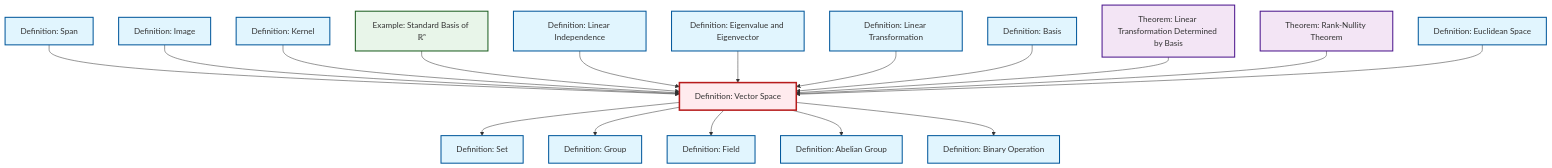
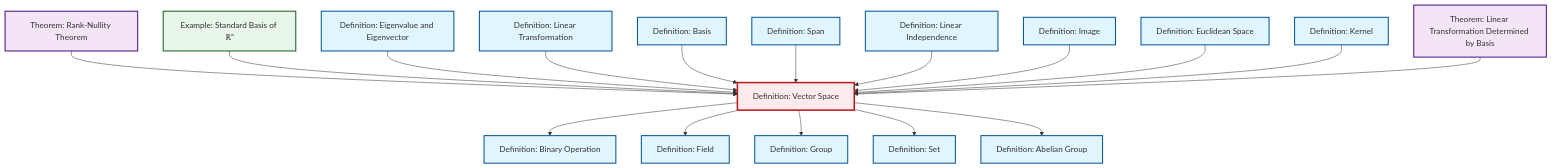
One commit to RK0429/ModernMath changed the diagram in content/en/algebra/def-vector-space.qmd. Above: the diagram before and after it, drawn with Mermaid. The commit also changed other lines of this file and 615 other files, not shown here.

````diff
--- a/content/en/algebra/def-vector-space.qmd
+++ b/content/en/algebra/def-vector-space.qmd
@@ -51,59 +51,59 @@
 ```{mermaid}
 %%| fig-cap: "Local dependency graph"
 graph TD
     classDef definition fill:#e1f5fe,stroke:#01579b,stroke-width:2px
     classDef theorem fill:#f3e5f5,stroke:#4a148c,stroke-width:2px
     classDef axiom fill:#fff3e0,stroke:#e65100,stroke-width:2px
     classDef example fill:#e8f5e9,stroke:#1b5e20,stroke-width:2px
     classDef current fill:#ffebee,stroke:#b71c1c,stroke-width:3px
+    def-image["Definition: Image"]:::definition
+    def-basis["Definition: Basis"]:::definition
+    def-set["Definition: Set"]:::definition
+    def-linear-transformation["Definition: Linear Transformation"]:::definition
+    ex-standard-basis-rn["Example: Standard Basis of ℝⁿ"]:::example
+    def-kernel["Definition: Kernel"]:::definition
+    def-group["Definition: Group"]:::definition
+    def-span["Definition: Span"]:::definition
+    thm-linear-transformation-basis["Theorem: Linear Transformation Determined by Basis"]:::theorem
+    def-euclidean-space["Definition: Euclidean Space"]:::definition
+    def-binary-operation["Definition: Binary Operation"]:::definition
+    def-abelian-group["Definition: Abelian Group"]:::definition
+    def-field["Definition: Field"]:::definition
     def-linear-independence["Definition: Linear Independence"]:::definition
-    def-field["Definition: Field"]:::definition
-    def-abelian-group["Definition: Abelian Group"]:::definition
-    def-image["Definition: Image"]:::definition
-    def-set["Definition: Set"]:::definition
+    thm-rank-nullity["Theorem: Rank-Nullity Theorem"]:::theorem
     def-eigenvalue-eigenvector["Definition: Eigenvalue and Eigenvector"]:::definition
-    def-linear-transformation["Definition: Linear Transformation"]:::definition
-    thm-linear-transformation-basis["Theorem: Linear Transformation Determined by Basis"]:::theorem
     def-vector-space["Definition: Vector Space"]:::definition
-    def-euclidean-space["Definition: Euclidean Space"]:::definition
-    def-kernel["Definition: Kernel"]:::definition
-    def-basis["Definition: Basis"]:::definition
-    ex-standard-basis-rn["Example: Standard Basis of ℝⁿ"]:::example
-    def-span["Definition: Span"]:::definition
-    thm-rank-nullity["Theorem: Rank-Nullity Theorem"]:::theorem
-    def-group["Definition: Group"]:::definition
-    def-binary-operation["Definition: Binary Operation"]:::definition
-    def-span --> def-vector-space
-    def-vector-space --> def-set
-    def-image --> def-vector-space
-    def-kernel --> def-vector-space
+    thm-rank-nullity --> def-vector-space
+    def-vector-space --> def-binary-operation
     ex-standard-basis-rn --> def-vector-space
-    def-linear-independence --> def-vector-space
     def-eigenvalue-eigenvector --> def-vector-space
     def-linear-transformation --> def-vector-space
+    def-basis --> def-vector-space
+    def-span --> def-vector-space
+    def-linear-independence --> def-vector-space
+    def-vector-space --> def-field
+    def-image --> def-vector-space
     def-vector-space --> def-group
-    def-basis --> def-vector-space
-    def-vector-space --> def-field
+    def-vector-space --> def-set
+    def-euclidean-space --> def-vector-space
+    def-kernel --> def-vector-space
+    def-vector-space --> def-abelian-group
     thm-linear-transformation-basis --> def-vector-space
-    thm-rank-nullity --> def-vector-space
-    def-euclidean-space --> def-vector-space
-    def-vector-space --> def-abelian-group
-    def-vector-space --> def-binary-operation
     class def-vector-space current
-    click def-linear-independence "def-linear-independence.html" "Go to Linear Independence definition"
-    click def-field "def-field.html" "Go to Field definition"
-    click def-abelian-group "def-abelian-group.html" "Go to Abelian Group definition"
     click def-image "def-image.html" "Go to Image definition"
+    click def-basis "def-basis.html" "Go to Basis definition"
     click def-set "def-set.html" "Go to Set definition"
-    click def-eigenvalue-eigenvector "def-eigenvalue-eigenvector.html" "Go to Eigenvalue and Eigenvector definition"
     click def-linear-transformation "def-linear-transformation.html" "Go to Linear Transformation definition"
+    click ex-standard-basis-rn "ex-standard-basis-rn.html" "Go to Standard Basis of ℝⁿ example"
+    click def-kernel "def-kernel.html" "Go to Kernel definition"
+    click def-group "def-group.html" "Go to Group definition"
+    click def-span "def-span.html" "Go to Span definition"
     click thm-linear-transformation-basis "thm-linear-transformation-basis.html" "Go to Linear Transformation Determined by Basis theorem"
     click def-euclidean-space "def-euclidean-space.html" "Go to Euclidean Space definition"
-    click def-kernel "def-kernel.html" "Go to Kernel definition"
-    click def-basis "def-basis.html" "Go to Basis definition"
-    click ex-standard-basis-rn "ex-standard-basis-rn.html" "Go to Standard Basis of ℝⁿ example"
-    click def-span "def-span.html" "Go to Span definition"
+    click def-binary-operation "def-binary-operation.html" "Go to Binary Operation definition"
+    click def-abelian-group "def-abelian-group.html" "Go to Abelian Group definition"
+    click def-field "def-field.html" "Go to Field definition"
+    click def-linear-independence "def-linear-independence.html" "Go to Linear Independence definition"
     click thm-rank-nullity "thm-rank-nullity.html" "Go to Rank-Nullity Theorem theorem"
-    click def-group "def-group.html" "Go to Group definition"
-    click def-binary-operation "def-binary-operation.html" "Go to Binary Operation definition"
+    click def-eigenvalue-eigenvector "def-eigenvalue-eigenvector.html" "Go to Eigenvalue and Eigenvector definition"
 ```
````
